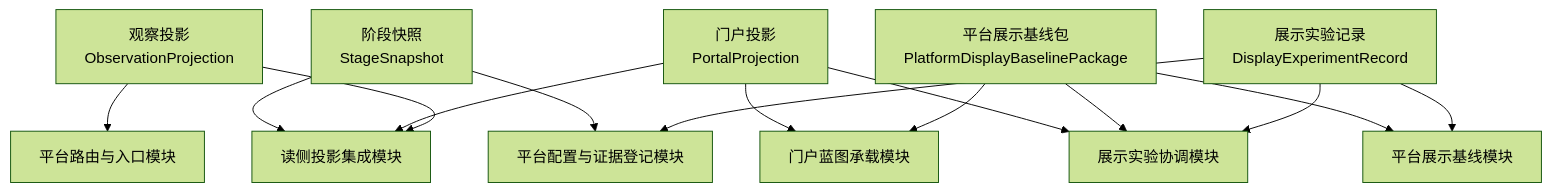
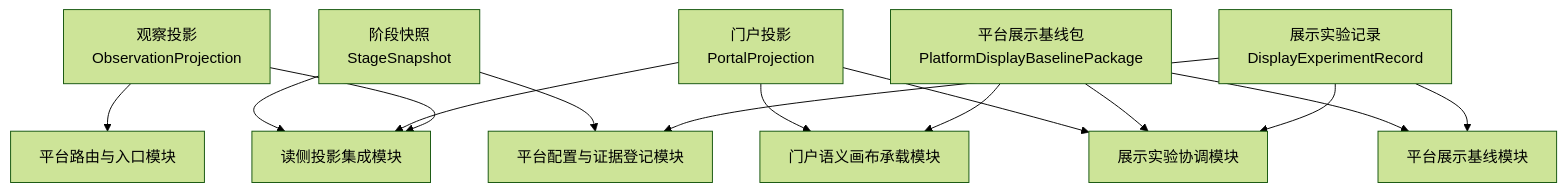
One commit to wgwtest/CodeFactoryV2 changed the third of 4 diagrams in DOC/CODEX_DOC/02_设计说明/P6_门户与平台入口/P6-门户与平台入口设计.md. Above: the diagram before and after it, drawn with Mermaid (forest theme). The commit also changed other lines of this file and 94 other files, not shown here.

````diff
--- a/DOC/CODEX_DOC/02_设计说明/P6_门户与平台入口/P6-门户与平台入口设计.md
+++ b/DOC/CODEX_DOC/02_设计说明/P6_门户与平台入口/P6-门户与平台入口设计.md
@@ -324,16 +326,16 @@
 ```mermaid
 flowchart TD
     O1["阶段快照<br/>StageSnapshot"] --> M2["读侧投影集成模块"]
     O1 --> M6["平台配置与证据登记模块"]
     O2["门户投影<br/>PortalProjection"] --> M2
-    O2 --> M3["门户蓝图承载模块"]
+    O2 --> M3["门户语义画布承载模块"]
     O2 --> M5["展示实验协调模块"]
     O3["观察投影<br/>ObservationProjection"] --> M2
     O3 --> M1["平台路由与入口模块"]
     O4["平台展示基线包<br/>PlatformDisplayBaselinePackage"] --> M4["平台展示基线模块"]
     O4 --> M3
     O4 --> M5
     O5["展示实验记录<br/>DisplayExperimentRecord"] --> M5
     O5 --> M4
     O5 --> M6
 ```
````
